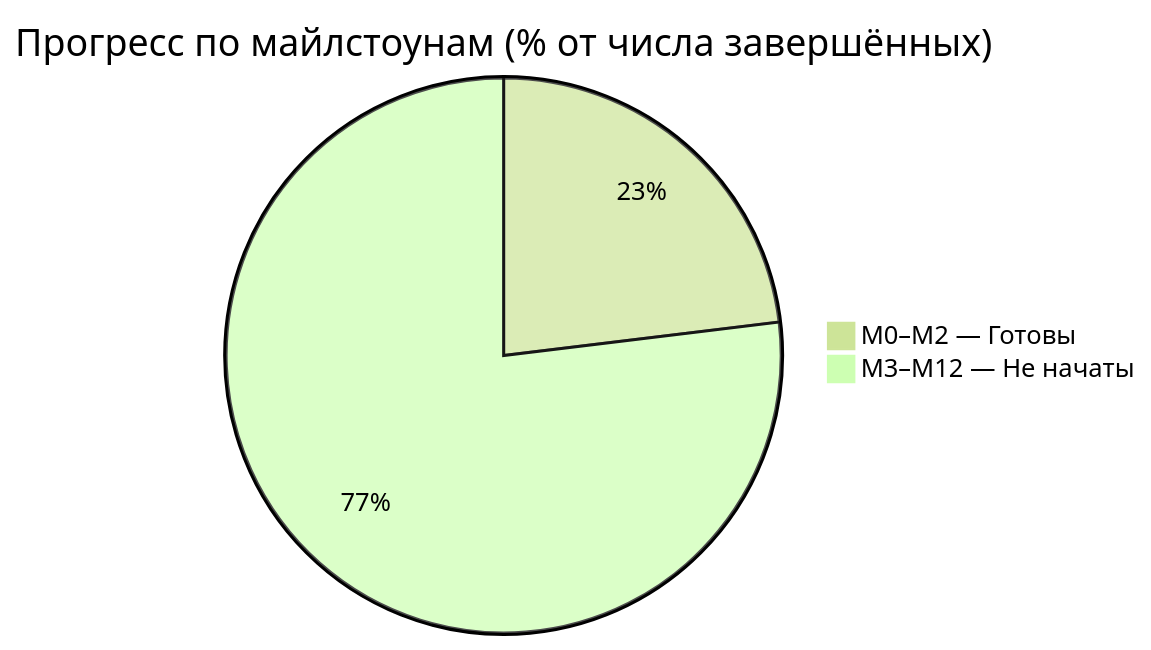
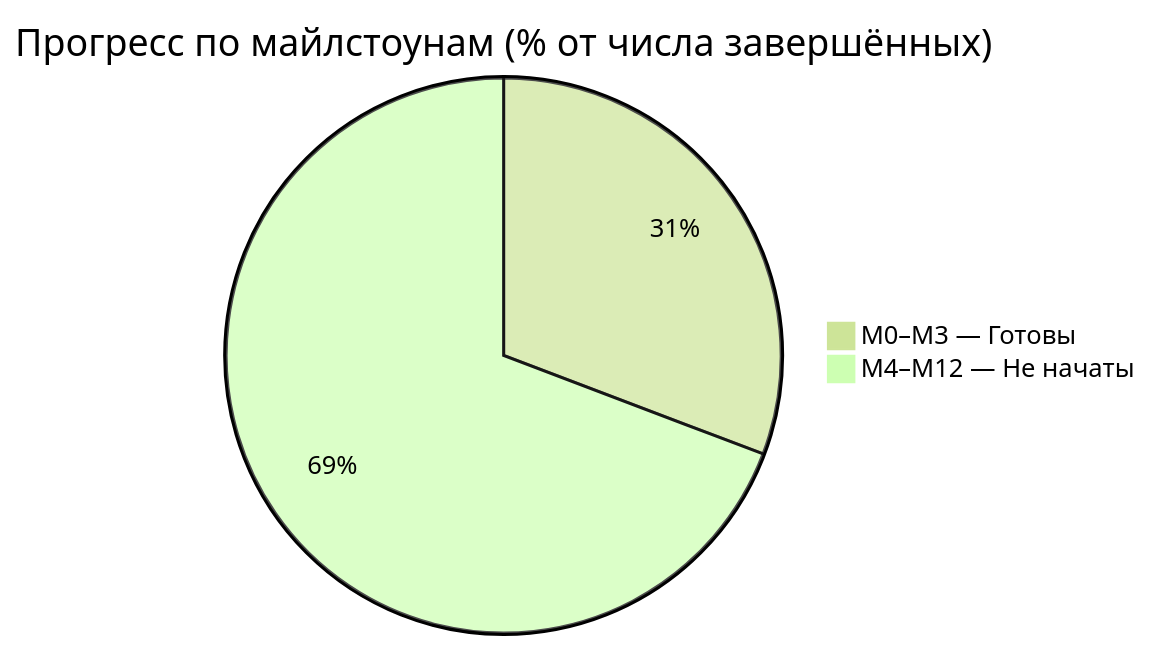
The diagram in Docs-Vault/00 - Dashboard.md (arcsymer/diplomaGame), drawn with Mermaid (forest theme) before and after one commit. The commit also changed other lines of this file and 42 other files, not shown here.

````diff
--- a/Docs-Vault/00 - Dashboard.md
+++ b/Docs-Vault/00 - Dashboard.md
@@ -29,5 +29,5 @@
 ```mermaid
 pie title Прогресс по майлстоунам (% от числа завершённых)
-    "M0–M2 — Готовы" : 3
-    "M3–M12 — Не начаты" : 10
+    "M0–M3 — Готовы" : 4
+    "M4–M12 — Не начаты" : 9
 ```
````
